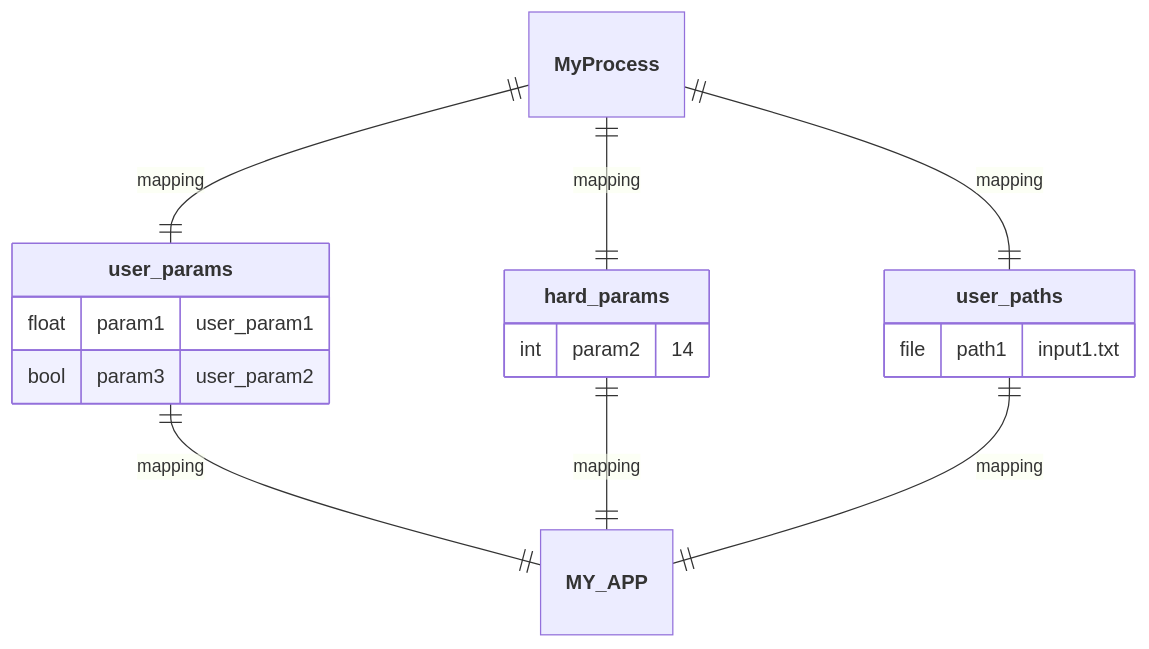
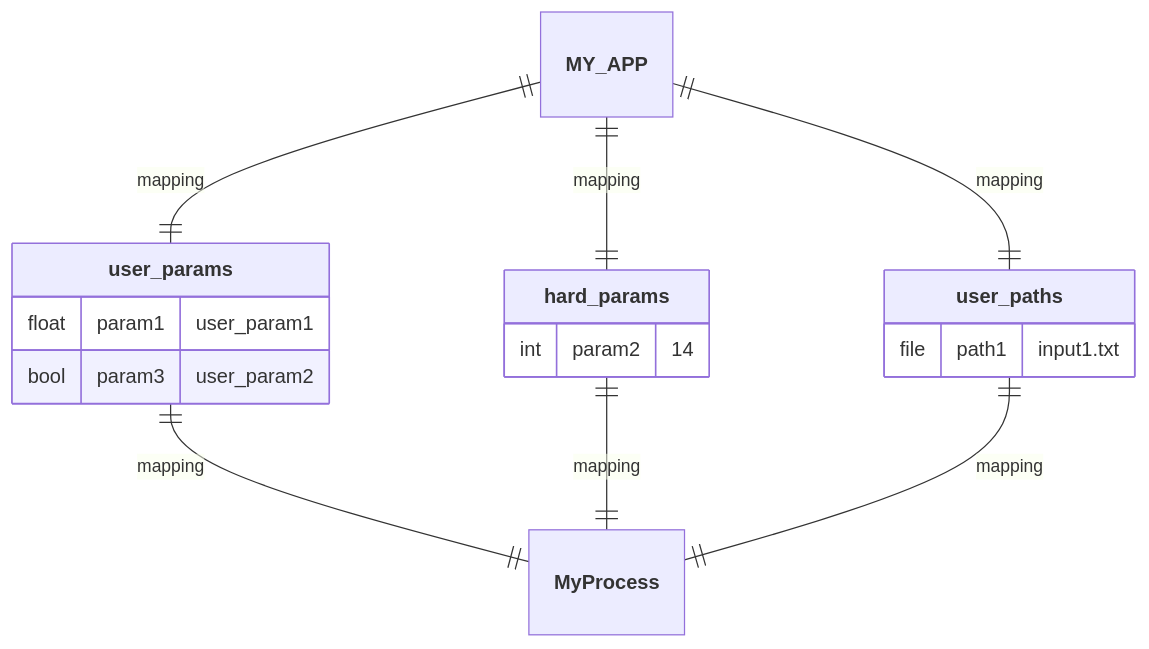
One commit to nuremics/nuremics changed the eighth of 13 diagrams in README.md. Above: the diagram before and after it, drawn with Mermaid. The commit also changed other lines of this file, not shown here.

````diff
--- a/README.md
+++ b/README.md
@@ -231,20 +231,20 @@
 ```mermaid
 erDiagram
-  **MyProcess** ||--|| **user_params** : mapping
-  **MyProcess** ||--|| **hard_params** : mapping
-  **MyProcess** ||--|| **user_paths** : mapping
-  **user_params** ||--|| **MY_APP** : mapping
-  **hard_params** ||--|| **MY_APP** : mapping
-  **user_paths** ||--|| **MY_APP** : mapping
+  **MY_APP** ||--|| **user_params** : mapping
+  **MY_APP** ||--|| **hard_params** : mapping
+  **MY_APP** ||--|| **user_paths** : mapping
+  **user_params** ||--|| **MyProcess** : mapping
+  **hard_params** ||--|| **MyProcess** : mapping
+  **user_paths** ||--|| **MyProcess** : mapping
 
   **user_params** {
     float param1 "user_param1"
     bool param3 "user_param2"
   }
   **hard_params** {
     int param2 "14"
   }
   **user_paths** {
     file path1 "input1.txt"
   }
 ```
````
